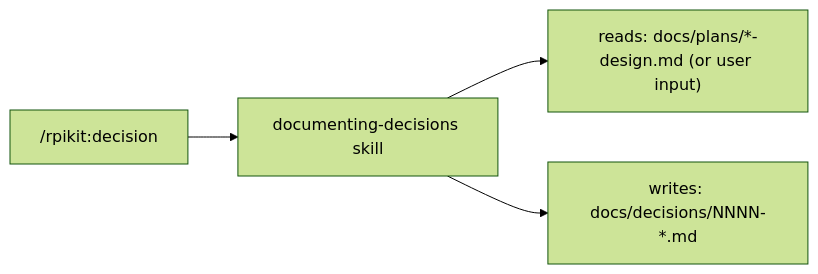
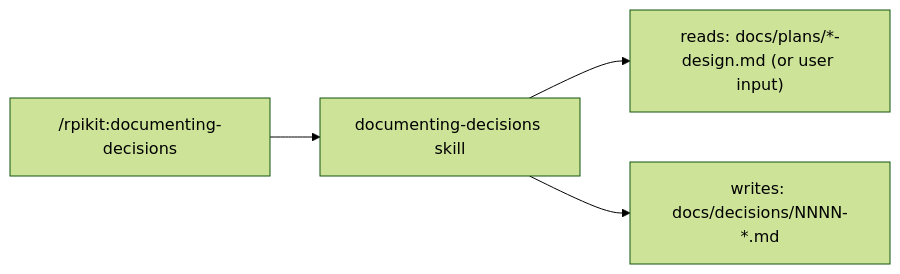
Before and after one commit to bostonaholic/rpikit: the fourth of 5 diagrams in docs/architecture.md, drawn with Mermaid (forest theme). The commit also changed other lines of this file and 17 other files, not shown here.

````diff
--- a/docs/architecture.md
+++ b/docs/architecture.md
@@ -155,6 +138,6 @@
 ```mermaid
 graph LR
-    D["/rpikit:decision"] --> DS["documenting-decisions skill"]
+    D["/rpikit:documenting-decisions"] --> DS["documenting-decisions skill"]
     DS --> DR["reads: docs/plans/*-design.md (or user input)"]
     DS --> DW["writes: docs/decisions/NNNN-*.md"]
 ```
````
